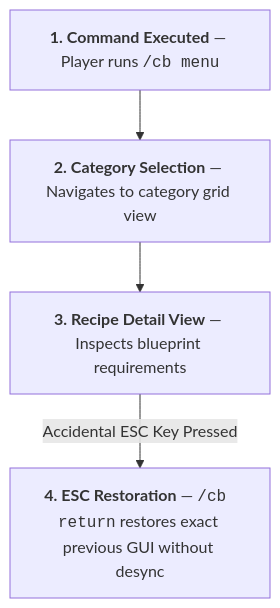
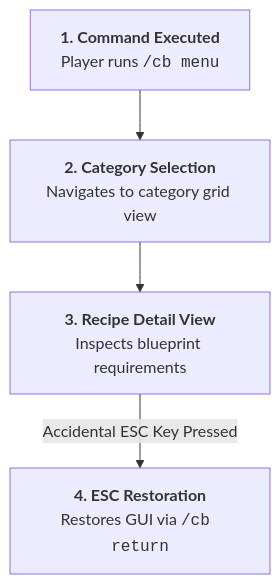
One commit to XZtotal/CraftingBlueprints-Wiki changed the first of 2 diagrams in docs/mechanics/menus-and-catalog.md. Above: the diagram before and after it, drawn with Mermaid. The commit also changed 24 other files, not shown here.

````diff
--- a/docs/mechanics/menus-and-catalog.md
+++ b/docs/mechanics/menus-and-catalog.md
@@ -43,7 +43,11 @@
 ```mermaid
 flowchart TD
-    Cmd["<b>1. Command Executed</b> — Player runs <code>/cb menu</code>"]
-    --> Cat["<b>2. Category Selection</b> — Navigates to category grid view"]
-    --> Detail["<b>3. Recipe Detail View</b> — Inspects blueprint requirements"]
-    -->|Accidental ESC Key Pressed| Restore["<b>4. ESC Restoration</b> — <code>/cb return</code> restores exact previous GUI without desync"]
+    Cmd["<b>1. Command Executed</b><br/>Player runs <code>/cb menu</code>"]
+    Cat["<b>2. Category Selection</b><br/>Navigates to category grid view"]
+    Detail["<b>3. Recipe Detail View</b><br/>Inspects blueprint requirements"]
+    Restore["<b>4. ESC Restoration</b><br/>Restores GUI via <code>/cb return</code>"]
+
+    Cmd --> Cat
+    Cat --> Detail
+    Detail -->|Accidental ESC Key Pressed| Restore
 ```
````
